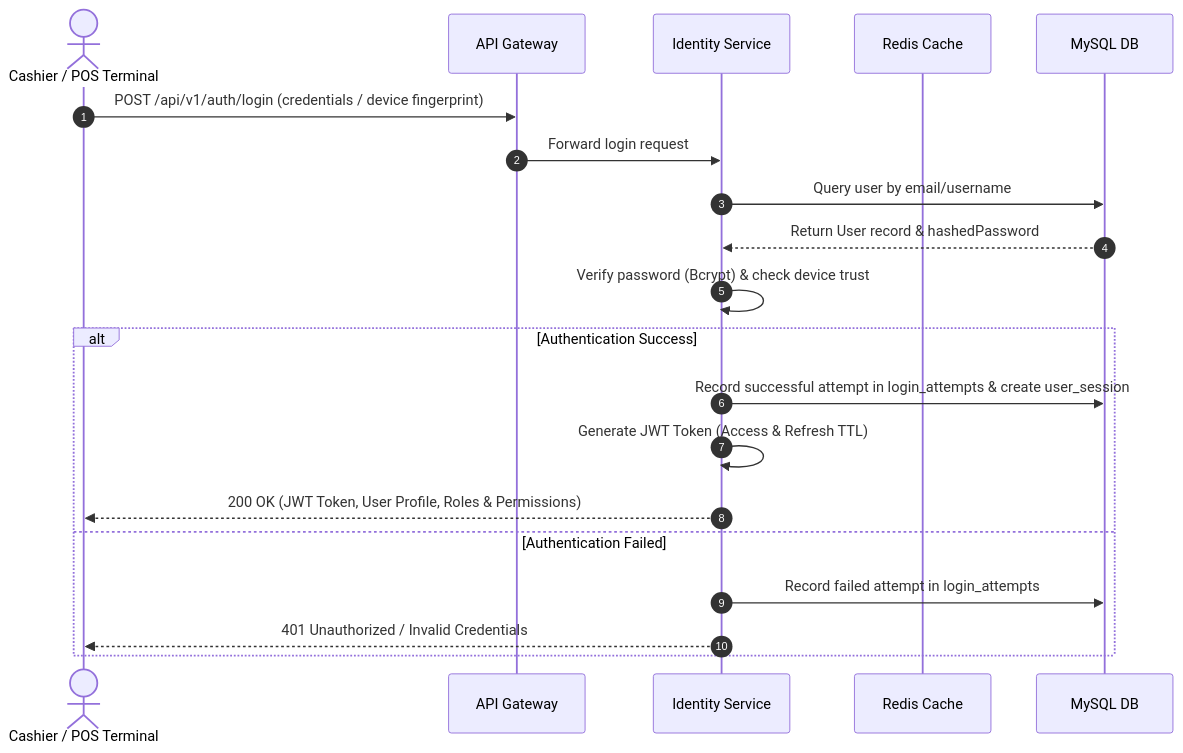
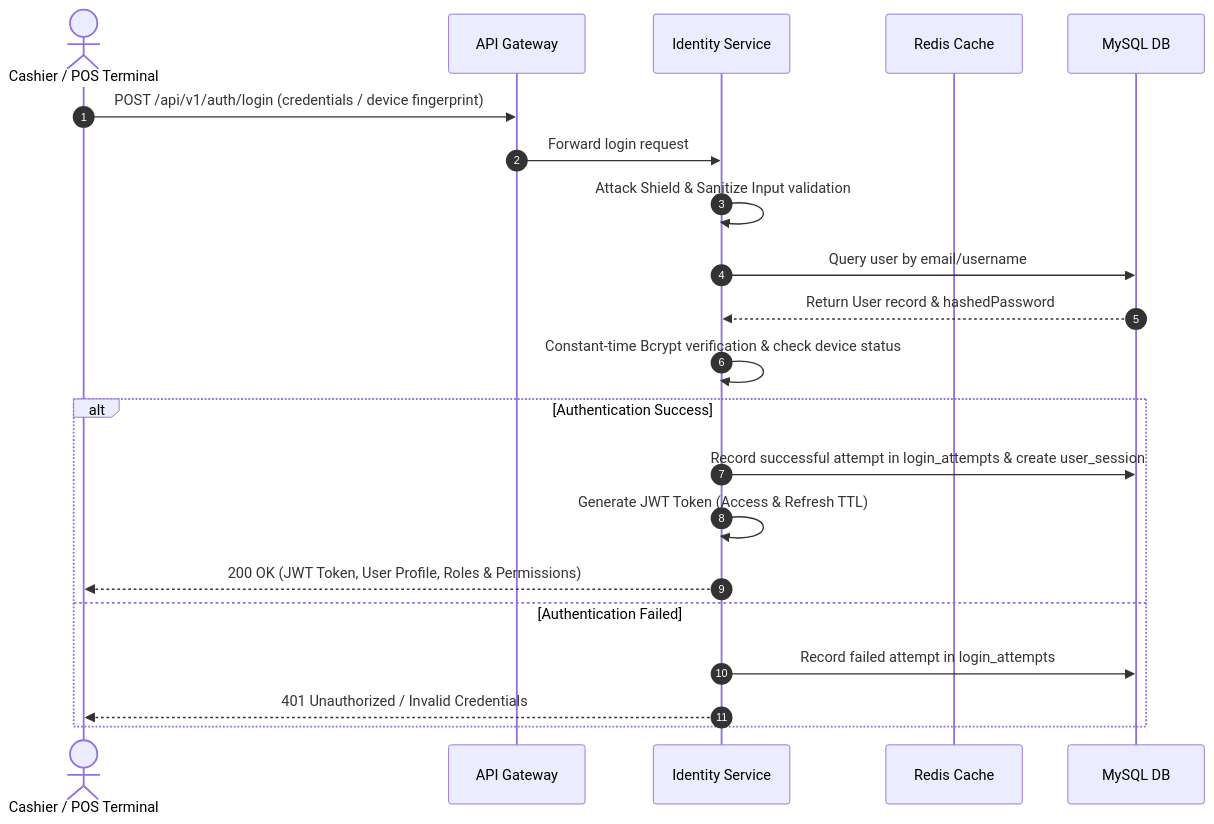
The first of 3 diagrams in SYSTEM_ARCHITECTURE.md (codebridgeService/smartpos_identity-service), drawn with Mermaid before and after one commit. The commit also changed other lines of this file and 26 other files, not shown here.

````diff
--- a/SYSTEM_ARCHITECTURE.md
+++ b/SYSTEM_ARCHITECTURE.md
@@ -66,23 +69,24 @@
 ```mermaid
 sequenceDiagram
     autonumber
     actor POS as Cashier / POS Terminal
     participant Gateway as API Gateway
     participant Identity as Identity Service
     participant Redis as Redis Cache
     participant DB as MySQL DB
 
     POS->>Gateway: POST /api/v1/auth/login (credentials / device fingerprint)
     Gateway->>Identity: Forward login request
+    Identity->>Identity: Attack Shield & Sanitize Input validation
     Identity->>DB: Query user by email/username
     DB-->>Identity: Return User record & hashedPassword
-    Identity->>Identity: Verify password (Bcrypt) & check device trust
+    Identity->>Identity: Constant-time Bcrypt verification & check device status
     alt Authentication Success
         Identity->>DB: Record successful attempt in login_attempts & create user_session
         Identity->>Identity: Generate JWT Token (Access & Refresh TTL)
         Identity-->>POS: 200 OK (JWT Token, User Profile, Roles & Permissions)
     else Authentication Failed
         Identity->>DB: Record failed attempt in login_attempts
         Identity-->>POS: 401 Unauthorized / Invalid Credentials
     end
 ```
````
